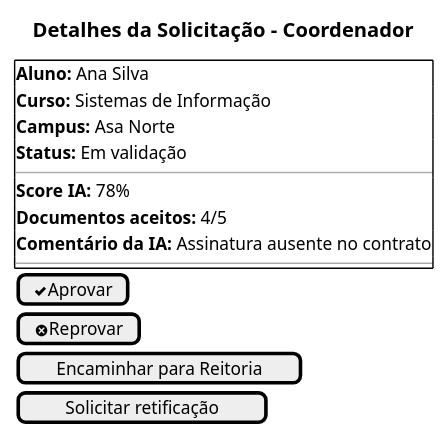
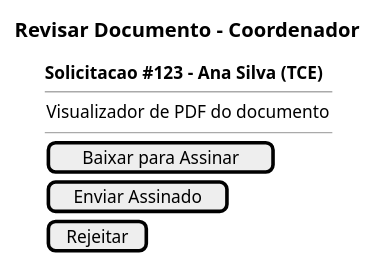
The seventh of 8 diagrams in mkdocs/Iniciacao/prototipo_baixa_fidelidade.md (mgff01/back-end_vercel), drawn with PlantUML before and after one commit. The commit also changed other lines of this file, not shown here.

````diff
--- a/mkdocs/Iniciacao/prototipo_baixa_fidelidade.md
+++ b/mkdocs/Iniciacao/prototipo_baixa_fidelidade.md
@@ -150,23 +166,17 @@
 ```plantuml
 @startsalt
-title Detalhes da Solicitação - Coordenador
+title Revisar Documento - Coordenador
 
 {
-  {+
-  **Aluno:** Ana Silva
-  **Curso:** Sistemas de Informação
-  **Campus:** Asa Norte
-  **Status:** Em validação
+  **Solicitacao #123 - Ana Silva (TCE)**
   --
-  **Score IA:** 78%
-  **Documentos aceitos:** 4/5
-  **Comentário da IA:** Assinatura ausente no contrato
+  {
+    Visualizador de PDF do documento
+  }
   --
-  }
-  [<&check>Aprovar]
-  [<&circle-x>Reprovar]
-  [Encaminhar para Reitoria]
-  [Solicitar retificação]
+  [Baixar para Assinar]
+  [Enviar Assinado]
+  [Rejeitar]
 }
 @endsalt
 ```
````
